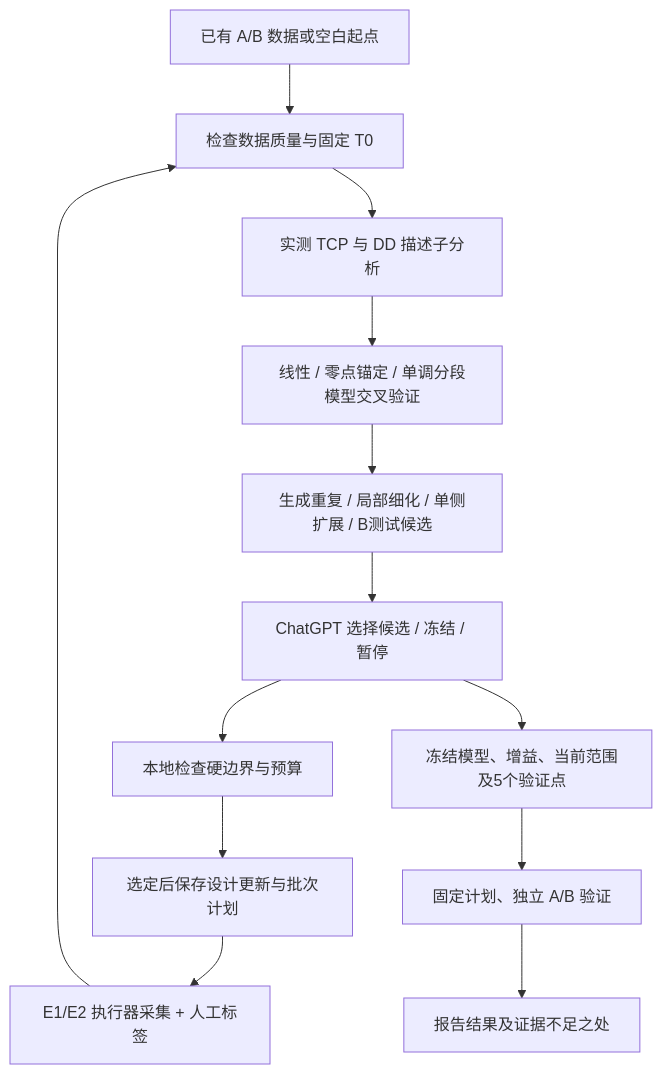
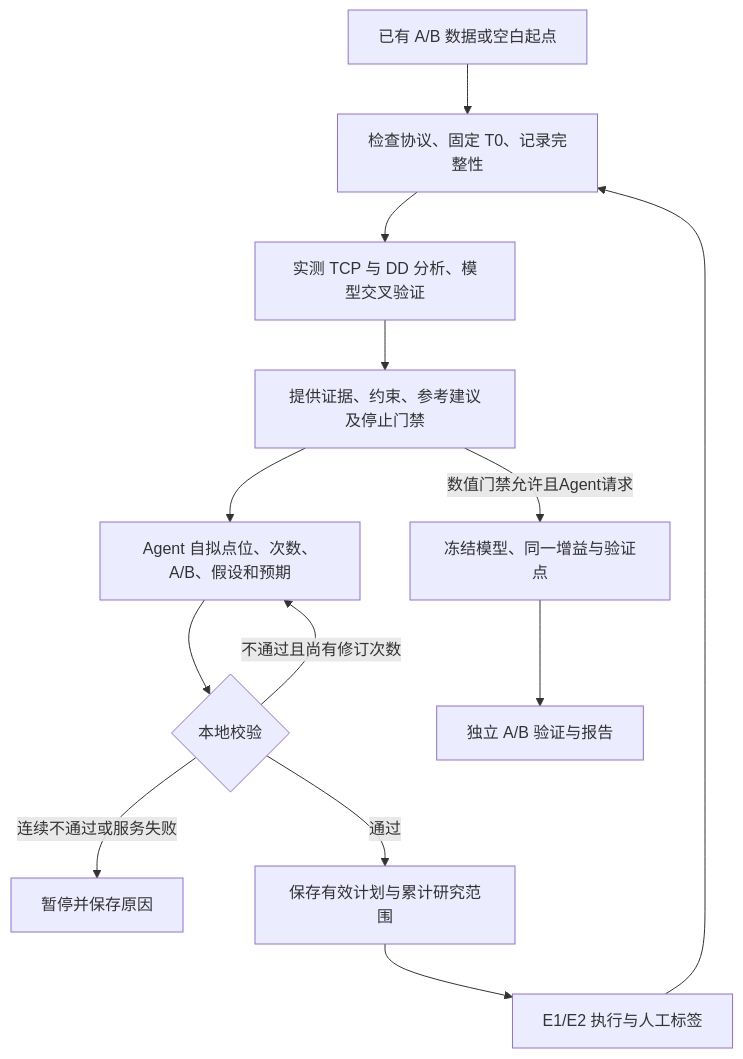
The diagram in AGENTIC_GUIDE_zh.md (wangfb13/agentic_data_collection), drawn with Mermaid before and after one commit. The commit also changed other lines of this file and 12 other files, not shown here.

````diff
--- a/AGENTIC_GUIDE_zh.md
+++ b/AGENTIC_GUIDE_zh.md
@@ -133,15 +135,15 @@
 ```mermaid
 flowchart TD
-  A[已有 A/B 数据或空白起点] --> B[检查数据质量与固定 T0]
-  B --> C[实测 TCP 与 DD 描述子分析]
-  C --> D[线性 / 零点锚定 / 单调分段模型交叉验证]
-  D --> E[生成重复 / 局部细化 / 单侧扩展 / B测试候选]
-  E --> F[ChatGPT 选择候选 / 冻结 / 暂停]
-  F --> G[本地检查硬边界与预算]
-  G --> L[选定后保存设计更新与批次计划]
-  L --> H[E1/E2 执行器采集 + 人工标签]
+  A[已有 A/B 数据或空白起点] --> B[检查协议、固定 T0、记录完整性]
+  B --> C[实测 TCP 与 DD 分析、模型交叉验证]
+  C --> D[提供证据、约束、参考建议及停止门禁]
+  D --> E[Agent 自拟点位、次数、A/B、假设和预期]
+  E --> F{本地校验}
+  F -->|不通过且尚有修订次数| E
+  F -->|连续不通过或服务失败| P[暂停并保存原因]
+  F -->|通过| G[保存有效计划与累计研究范围]
+  G --> H[E1/E2 执行与人工标签]
   H --> B
-  F --> I[冻结模型、增益、当前范围及5个验证点]
-  I --> J[固定计划、独立 A/B 验证]
-  J --> K[报告结果及证据不足之处]
+  D -->|数值门禁允许且Agent请求| I[冻结模型、同一增益与验证点]
+  I --> J[独立 A/B 验证与报告]
 ```
````
